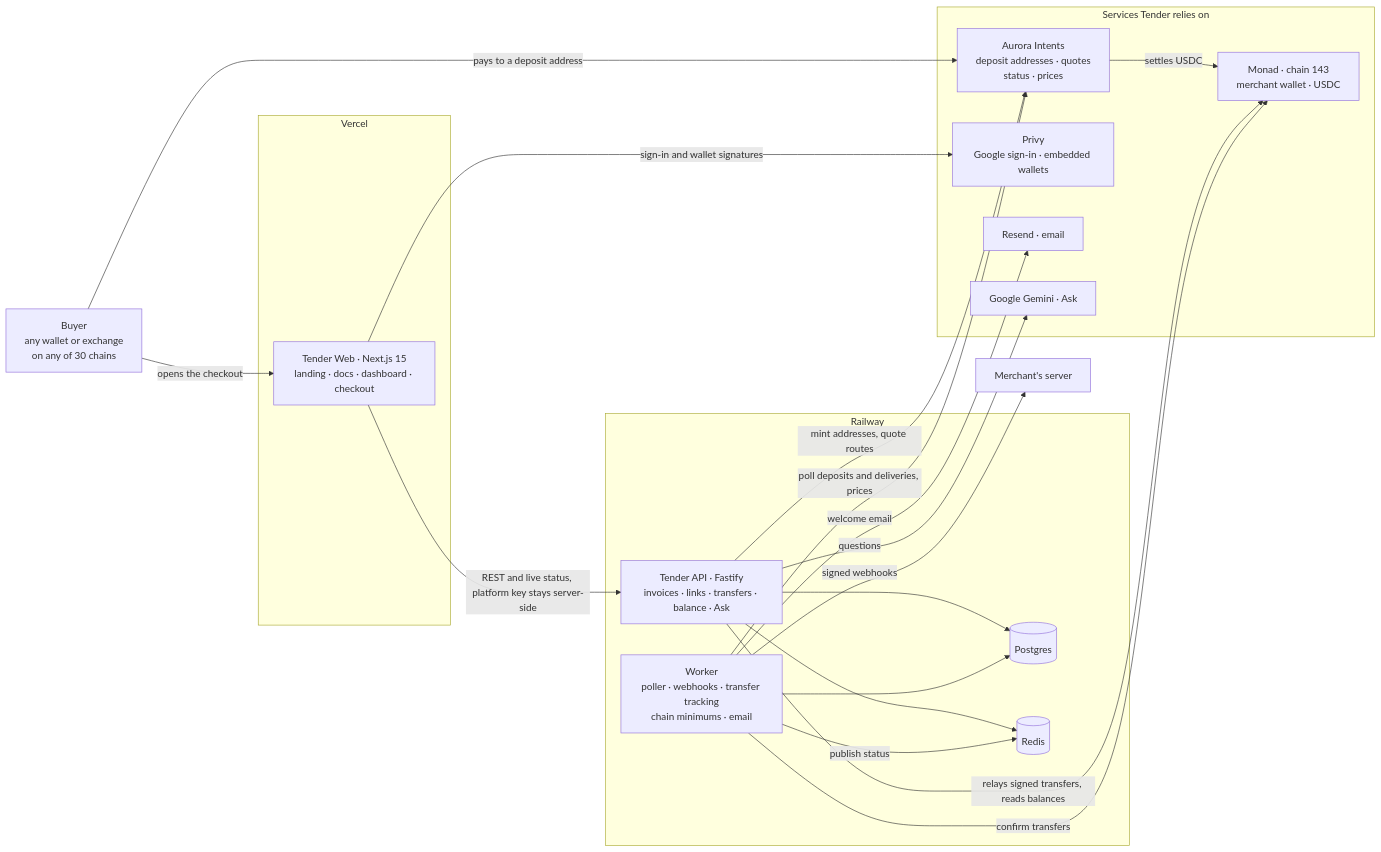
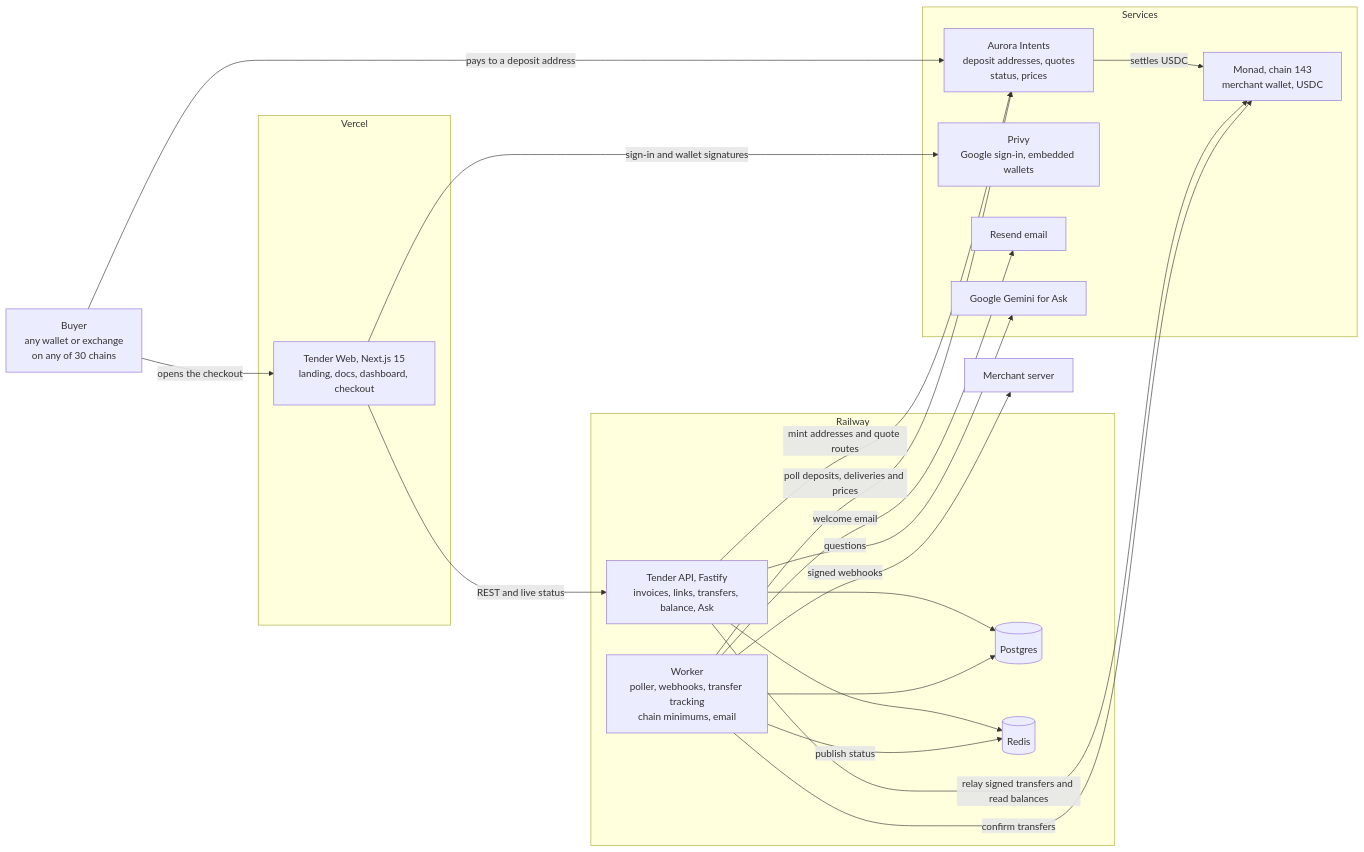
One commit to Jhaycrypt001/Tender changed the first of 2 diagrams in README.md. Above: the diagram before and after it, drawn with Mermaid.

Commit message:
Simplify the architecture diagram's syntax so GitHub renders it

````diff
--- a/README.md
+++ b/README.md
@@ -301,41 +301,41 @@
 ```mermaid
 flowchart LR
-    buyer["Buyer<br/>any wallet or exchange<br/>on any of 30 chains"]
-    merchantSrv["Merchant's server"]
+    buyer[Buyer<br>any wallet or exchange<br>on any of 30 chains]
+    merchantSrv[Merchant server]
 
-    subgraph vercel["Vercel"]
-        web["Tender Web · Next.js 15<br/>landing · docs · dashboard · checkout"]
+    subgraph Vercel
+        web[Tender Web, Next.js 15<br>landing, docs, dashboard, checkout]
     end
 
-    subgraph railway["Railway"]
-        api["Tender API · Fastify<br/>invoices · links · transfers · balance · Ask"]
-        worker["Worker<br/>poller · webhooks · transfer tracking<br/>chain minimums · email"]
-        pg[("Postgres")]
-        redis[("Redis")]
+    subgraph Railway
+        api[Tender API, Fastify<br>invoices, links, transfers, balance, Ask]
+        worker[Worker<br>poller, webhooks, transfer tracking<br>chain minimums, email]
+        pg[(Postgres)]
+        redis[(Redis)]
     end
 
-    subgraph outside["Services Tender relies on"]
-        aurora["Aurora Intents<br/>deposit addresses · quotes<br/>status · prices"]
-        privy["Privy<br/>Google sign-in · embedded wallets"]
-        monad["Monad · chain 143<br/>merchant wallet · USDC"]
-        resend["Resend · email"]
-        gemini["Google Gemini · Ask"]
+    subgraph Services
+        aurora[Aurora Intents<br>deposit addresses, quotes<br>status, prices]
+        privy[Privy<br>Google sign-in, embedded wallets]
+        monad[Monad, chain 143<br>merchant wallet, USDC]
+        resend[Resend email]
+        gemini[Google Gemini for Ask]
     end
 
     buyer -->|pays to a deposit address| aurora
     aurora -->|settles USDC| monad
     buyer -->|opens the checkout| web
-    web -->|REST and live status, platform key stays server-side| api
+    web -->|REST and live status| api
     web -->|sign-in and wallet signatures| privy
-    api -->|mint addresses, quote routes| aurora
-    api -->|relays signed transfers, reads balances| monad
+    api -->|mint addresses and quote routes| aurora
+    api -->|relay signed transfers and read balances| monad
     api --> pg
     api --> redis
     api -->|questions| gemini
-    worker -->|poll deposits and deliveries, prices| aurora
+    worker -->|poll deposits, deliveries and prices| aurora
     worker -->|confirm transfers| monad
     worker --> pg
     worker -->|publish status| redis
     worker -->|signed webhooks| merchantSrv
     worker -->|welcome email| resend
 ```
````
